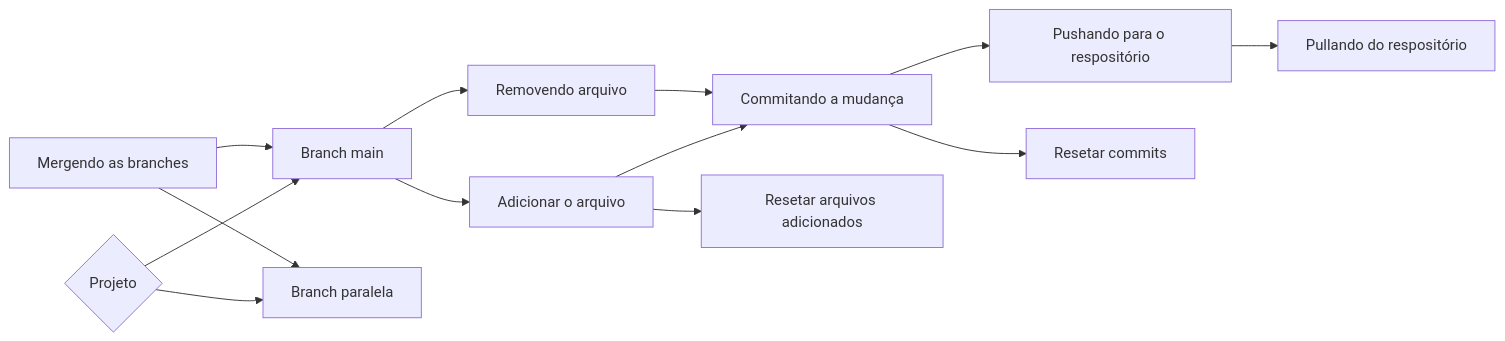
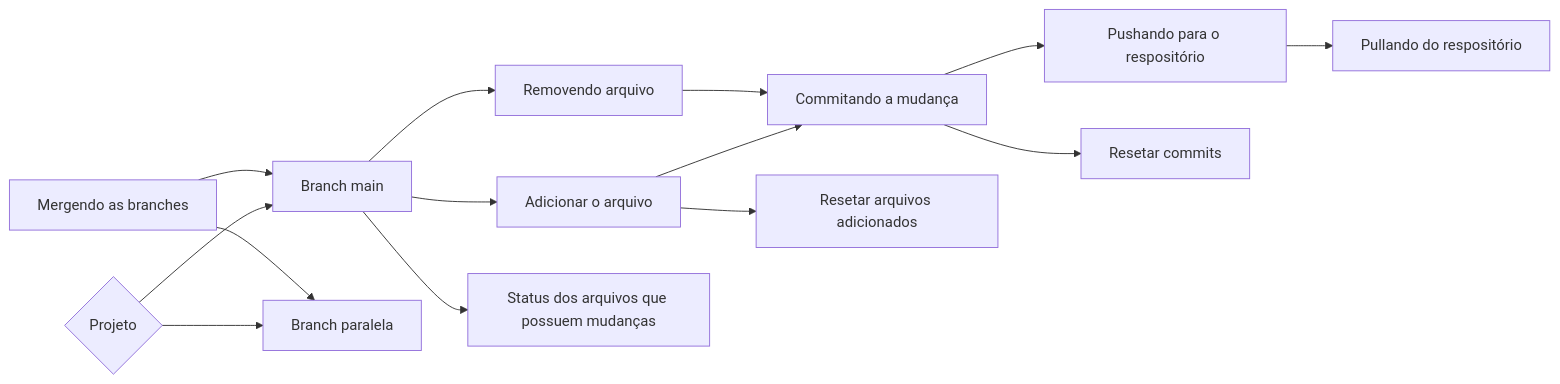
The diagram in README.qmd (Edbbioeco/conectar_github_rstudio), drawn with Mermaid before and after one commit.

Commit message:
Quarto do README

````diff
--- a/README.qmd
+++ b/README.qmd
@@ -19,15 +19,16 @@
 ```{mermaid} 
 flowchart LR
   A{Projeto} --> B[Branch main] 
   A --> C[Branch paralela]
   B --> D[Adicionar o arquivo]
   D --> E[Commitando a mudança]
   E --> F[Pushando para o respositório]
   F --> G[Pullando do respositório]
   H[Removendo arquivo] --> E
   D --> I[Resetar arquivos adicionados]
   E --> J[Resetar commits]
   B --> H
   k[Mergendo as branches] --> B
   k[Mergendo as branches] --> C
+  B --> L[Status dos arquivos que possuem mudanças]
 ```
````
